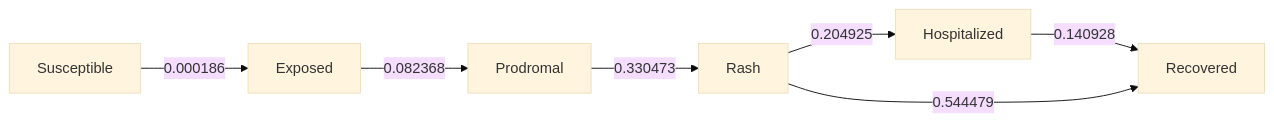
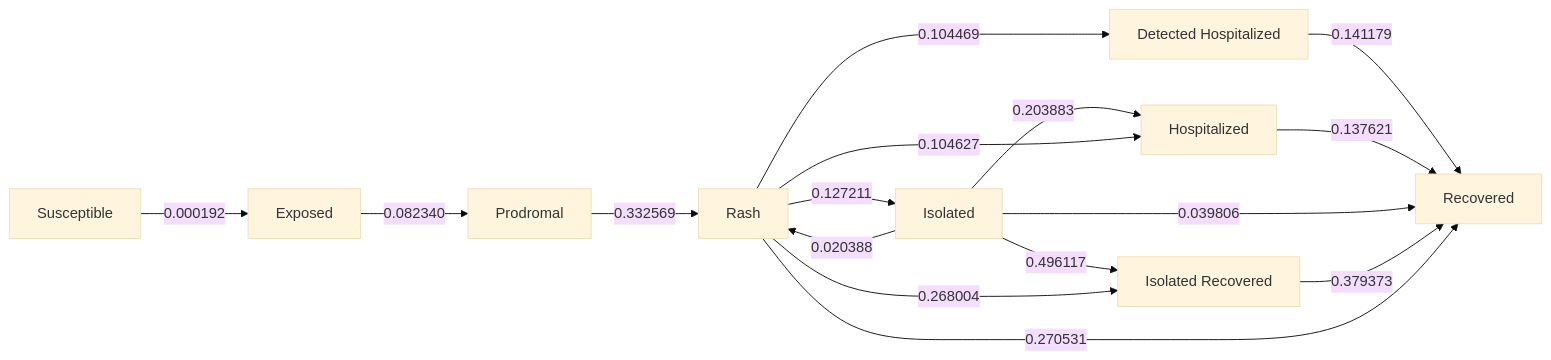
One commit to EpiForeSITE/epiworld-measles changed the diagram in scenarios/edgemont_92/README.md. Above: the diagram before and after it, drawn with Mermaid (base theme). The commit also changed other lines of this file and 36 other files, not shown here.

````diff
--- a/scenarios/edgemont_92/README.md
+++ b/scenarios/edgemont_92/README.md
@@ -104,16 +104,28 @@
 ``` mermaid
 flowchart LR
-    s0[Exposed]
-    s1[Hospitalized]
-    s2[Prodromal]
-    s3[Rash]
-    s4[Recovered]
-    s5[Susceptible]
-    s0 -->|0.082368| s2
-    s1 -->|0.140928| s4
-    s2 -->|0.330473| s3
-    s3 -->|0.204925| s1
-    s3 -->|0.544479| s4
-    s5 -->|0.000186| s0
+    s0[Detected Hospitalized]
+    s1[Exposed]
+    s2[Hospitalized]
+    s3[Isolated]
+    s4[Isolated Recovered]
+    s5[Prodromal]
+    s6[Rash]
+    s7[Recovered]
+    s8[Susceptible]
+    s0 -->|0.141179| s7
+    s1 -->|0.082340| s5
+    s2 -->|0.137621| s7
+    s3 -->|0.203883| s2
+    s3 -->|0.496117| s4
+    s3 -->|0.020388| s6
+    s3 -->|0.039806| s7
+    s4 -->|0.379373| s7
+    s5 -->|0.332569| s6
+    s6 -->|0.104469| s0
+    s6 -->|0.104627| s2
+    s6 -->|0.127211| s3
+    s6 -->|0.268004| s4
+    s6 -->|0.270531| s7
+    s8 -->|0.000192| s1
 
 ```
````
